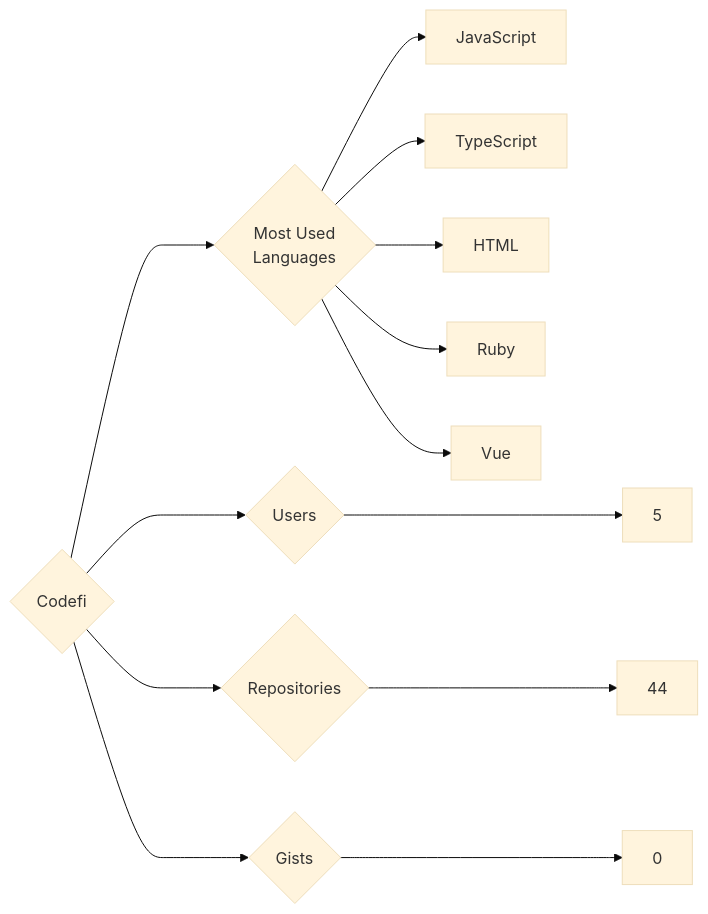
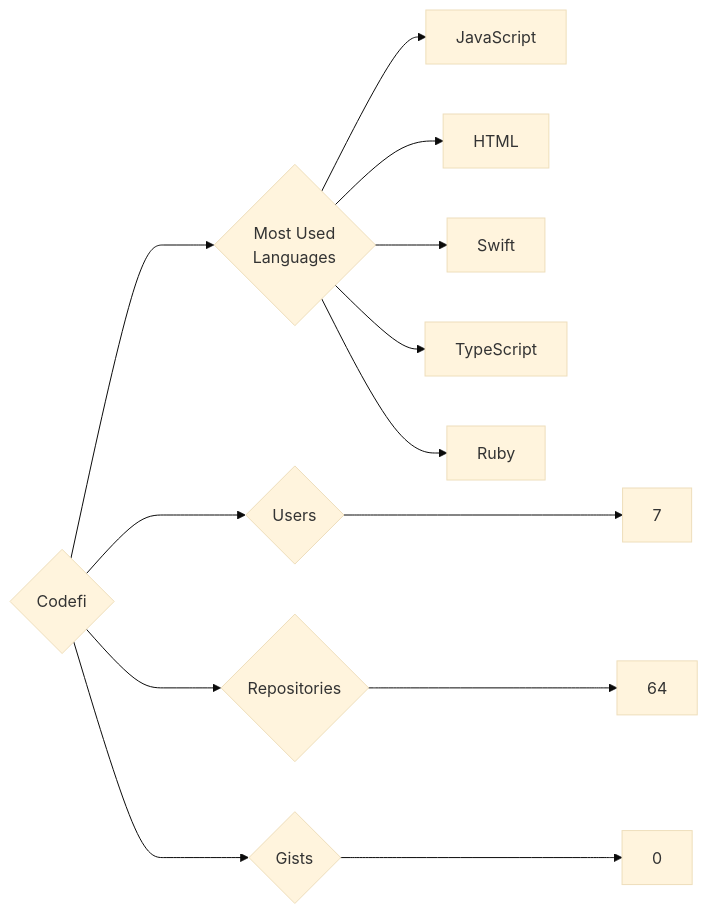
The diagram in targets/Codefi/README.md (trickest/insiders), drawn with Mermaid (base theme) before and after one commit. The commit also changed 924 other files, not shown here.

````diff
--- a/targets/Codefi/README.md
+++ b/targets/Codefi/README.md
@@ -3,13 +3,13 @@
 ```mermaid
 graph LR
 COMPANY_NAME{Codefi}
-COMPANY_NAME ---> U{Users} ---> UN[5]
-COMPANY_NAME ---> R{Repositories} ---> RN[44]
+COMPANY_NAME ---> U{Users} ---> UN[7]
+COMPANY_NAME ---> R{Repositories} ---> RN[64]
 COMPANY_NAME ---> G{Gists} ---> GN[0]
 COMPANY_NAME ---> ML{Most Used<br>Languages}
 ML --> JavaScript[JavaScript]
+ML --> HTML[HTML]
+ML --> Swift[Swift]
 ML --> TypeScript[TypeScript]
-ML --> HTML[HTML]
 ML --> Ruby[Ruby]
-ML --> Vue[Vue]
 ```
````
